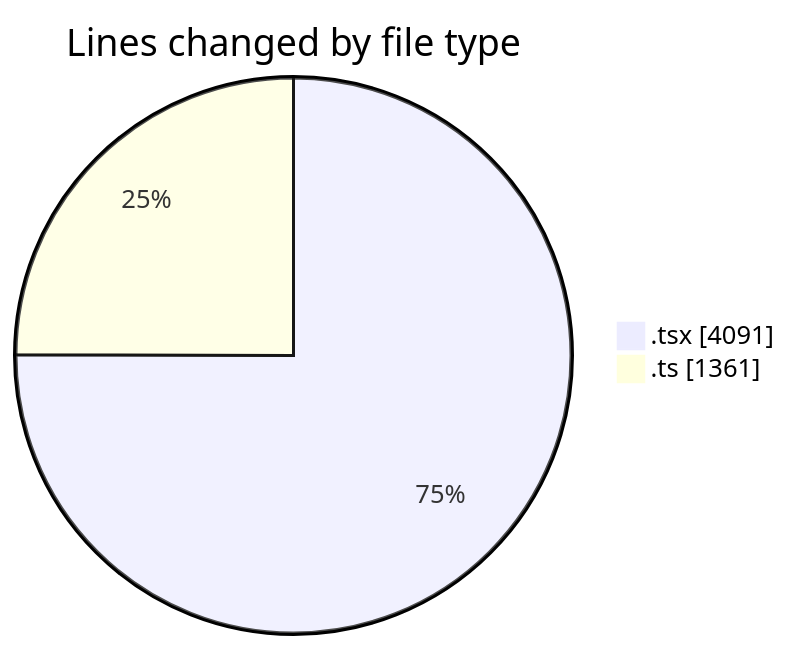
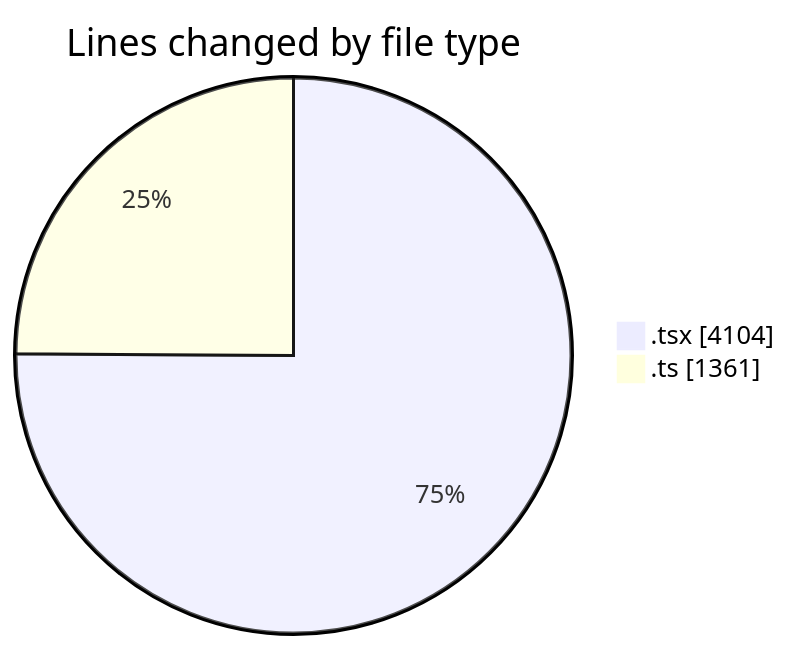
One commit to nxtqubesakshisongat/code-tracking changed the first of 2 diagrams in 2026-03-06/nxtqube_webapp/README.md. Above: the diagram before and after it, drawn with Mermaid. The commit also changed other lines of this file and 1 other file, not shown here.

````diff
--- a/2026-03-06/nxtqube_webapp/README.md
+++ b/2026-03-06/nxtqube_webapp/README.md
@@ -32,6 +32,6 @@
 ```mermaid
 pie showData
 title Lines changed by file type
-".tsx" : 4091
+".tsx" : 4104
 ".ts" : 1361
 ```
````
